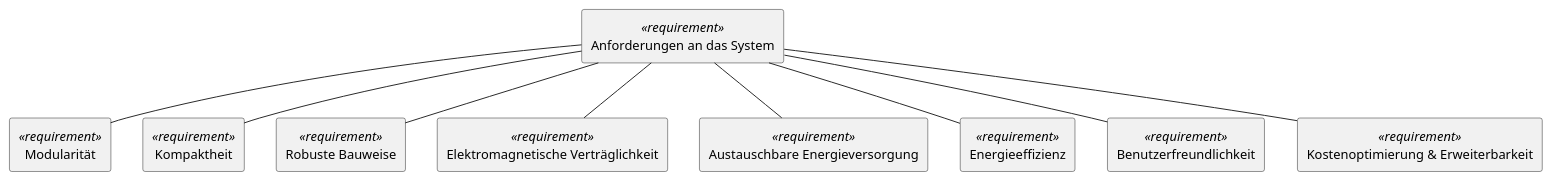
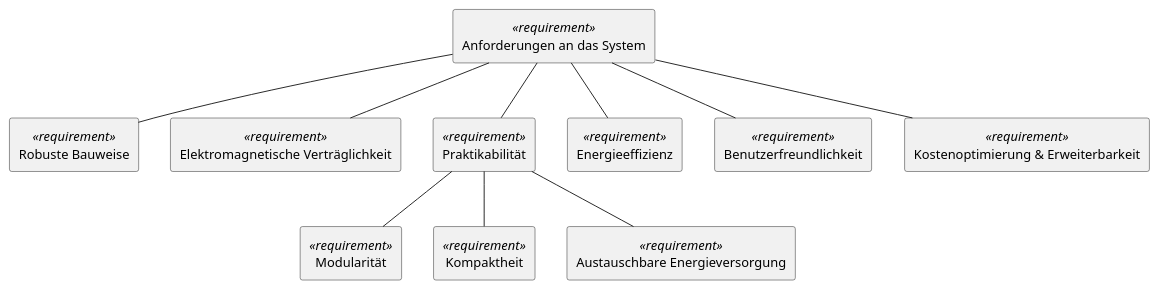
One commit to MororB/Smart-Grid changed the diagram in SysEng/Anforderungen.puml. Above: the diagram before and after it, drawn with PlantUML. The commit also changed 1 other file, not shown here.

```diff
--- a/SysEng/Anforderungen.puml
+++ b/SysEng/Anforderungen.puml
@@ -1,41 +1,46 @@
 @startuml Anforderungen
 
 skinparam classIconSize 0
 
   
   ' Haupt-Anforderung
   rectangle "Anforderungen an das System" <<requirement>>
 
   ' Einzelne Teil-Anforderungen
-  rectangle "Modularität" <<requirement>> {
-  }
 
-  rectangle "Kompaktheit" <<requirement>> {
-  }
 
   rectangle "Robuste Bauweise" <<requirement>> {
   }
 
   rectangle "Elektromagnetische Verträglichkeit" <<requirement>> {
   }
 
   rectangle "Austauschbare Energieversorgung" <<requirement>> 
 
   rectangle "Energieeffizienz" <<requirement>> 
   
+  rectangle "Modularität" <<requirement>> {
+  }
+  rectangle "Praktikabilität" <<requirement>> {
+  }
+
+  rectangle "Kompaktheit" <<requirement>> {
+  }
 
   rectangle "Benutzerfreundlichkeit" <<requirement>> 
 
   rectangle "Kostenoptimierung & Erweiterbarkeit" <<requirement>> 
 
 ' Verfeinerungs-Beziehungen von der Haupt- zur Teil-Anforderung
-"Anforderungen an das System" -- "Modularität"
-"Anforderungen an das System" -- "Kompaktheit"
+
 "Anforderungen an das System" -- "Robuste Bauweise"
 "Anforderungen an das System" -- "Elektromagnetische Verträglichkeit"
-"Anforderungen an das System" -- "Austauschbare Energieversorgung"
 "Anforderungen an das System" -- "Energieeffizienz"
+"Anforderungen an das System" -- "Praktikabilität"
+"Praktikabilität" -- "Modularität"
+"Praktikabilität" -- "Kompaktheit"
+"Praktikabilität" -- "Austauschbare Energieversorgung"
 "Anforderungen an das System" -- "Benutzerfreundlichkeit"
 "Anforderungen an das System" -- "Kostenoptimierung & Erweiterbarkeit"
 
 @enduml
```
